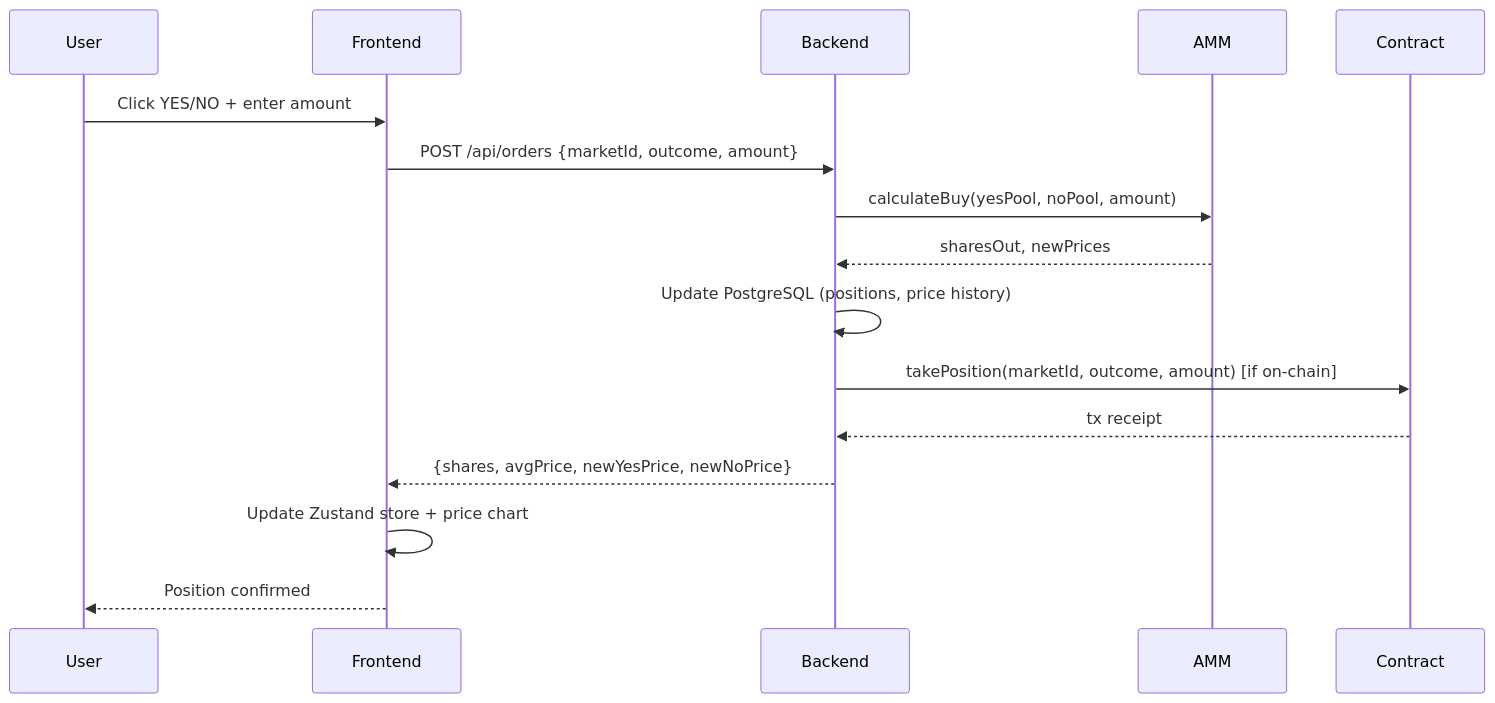
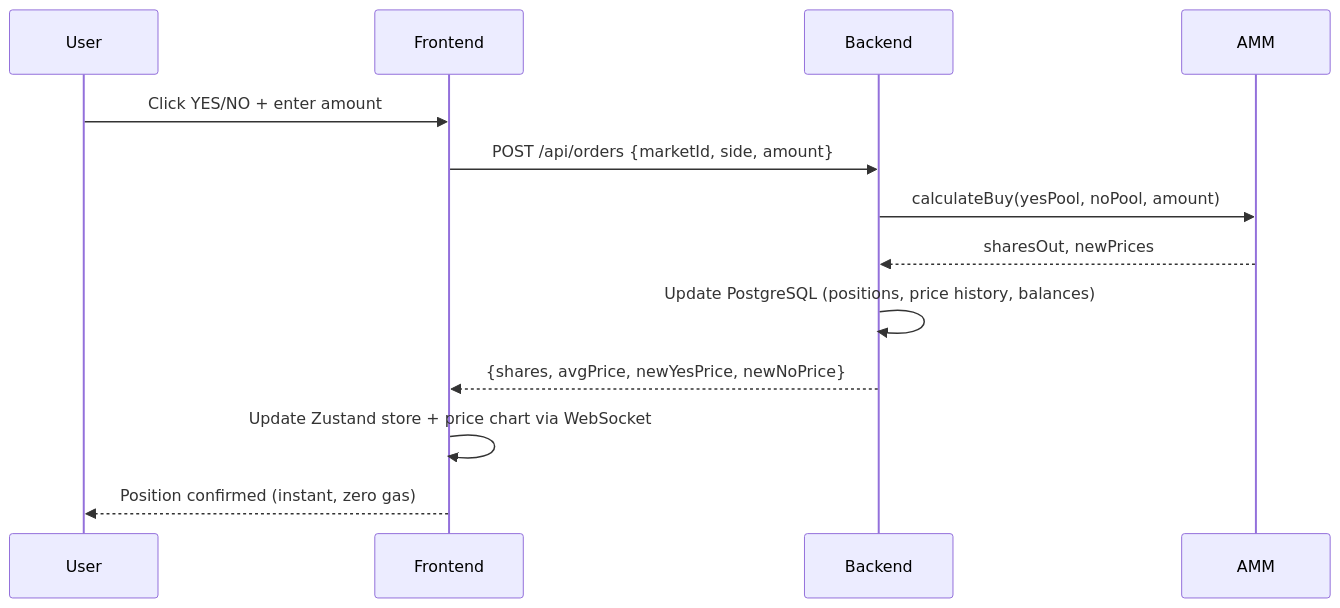
One commit to saiboyizhan/flip-predict changed the first of 2 diagrams in docs/TECHNICAL.md. Above: the diagram before and after it, drawn with Mermaid. The commit also changed other lines of this file and 1 other file, not shown here.

First line of the commit message:
docs: clarify hybrid architecture and NFA agent prediction system for judges

````diff
--- a/docs/TECHNICAL.md
+++ b/docs/TECHNICAL.md
@@ -31,19 +31,16 @@
 ```mermaid
 sequenceDiagram
     participant User
     participant Frontend
     participant Backend
     participant AMM
-    participant Contract
 
     User->>Frontend: Click YES/NO + enter amount
-    Frontend->>Backend: POST /api/orders {marketId, outcome, amount}
+    Frontend->>Backend: POST /api/orders {marketId, side, amount}
     Backend->>AMM: calculateBuy(yesPool, noPool, amount)
     AMM-->>Backend: sharesOut, newPrices
-    Backend->>Backend: Update PostgreSQL (positions, price history)
-    Backend->>Contract: takePosition(marketId, outcome, amount) [if on-chain]
-    Contract-->>Backend: tx receipt
+    Backend->>Backend: Update PostgreSQL (positions, price history, balances)
     Backend-->>Frontend: {shares, avgPrice, newYesPrice, newNoPrice}
-    Frontend->>Frontend: Update Zustand store + price chart
-    Frontend-->>User: Position confirmed
+    Frontend->>Frontend: Update Zustand store + price chart via WebSocket
+    Frontend-->>User: Position confirmed (instant, zero gas)
 ```
````
